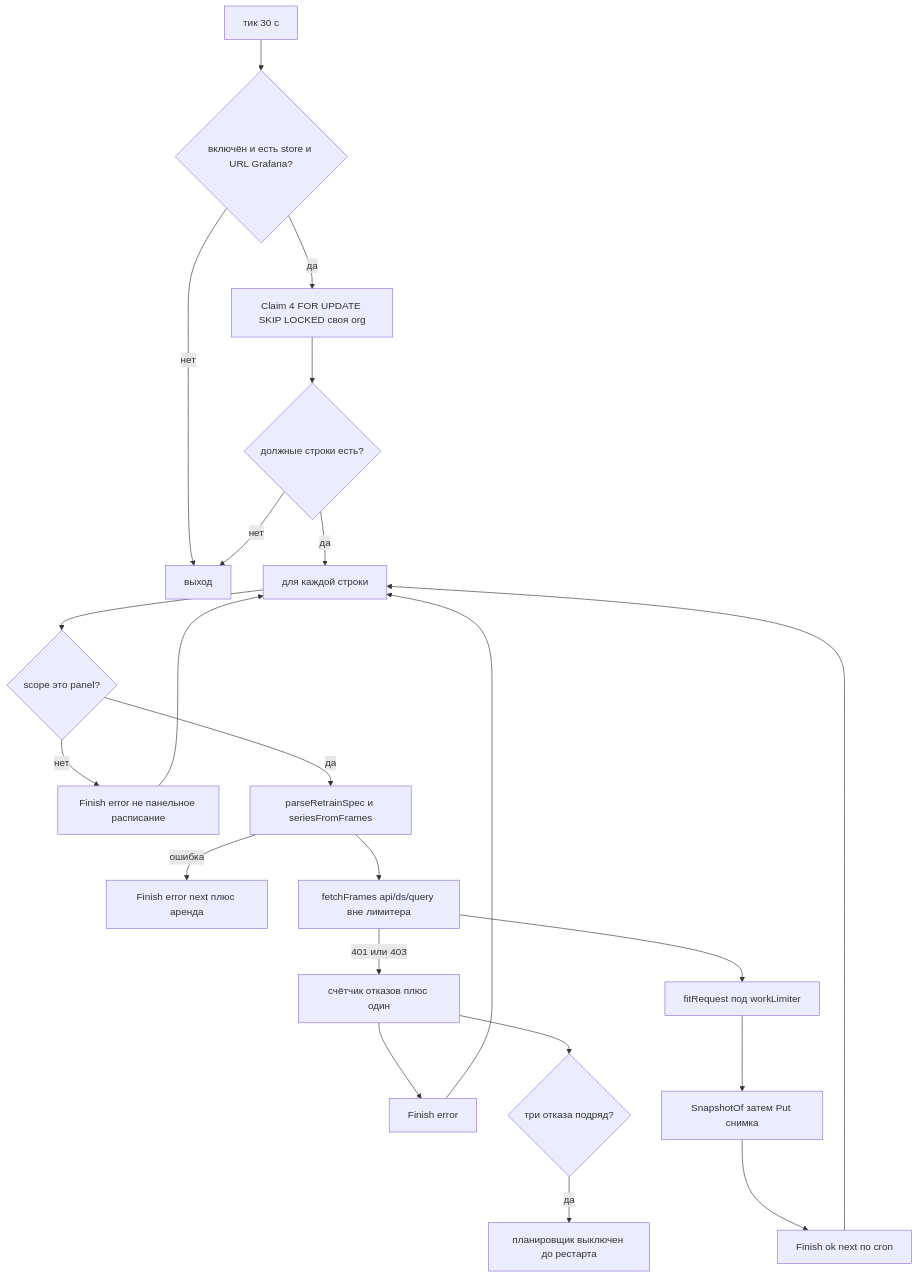
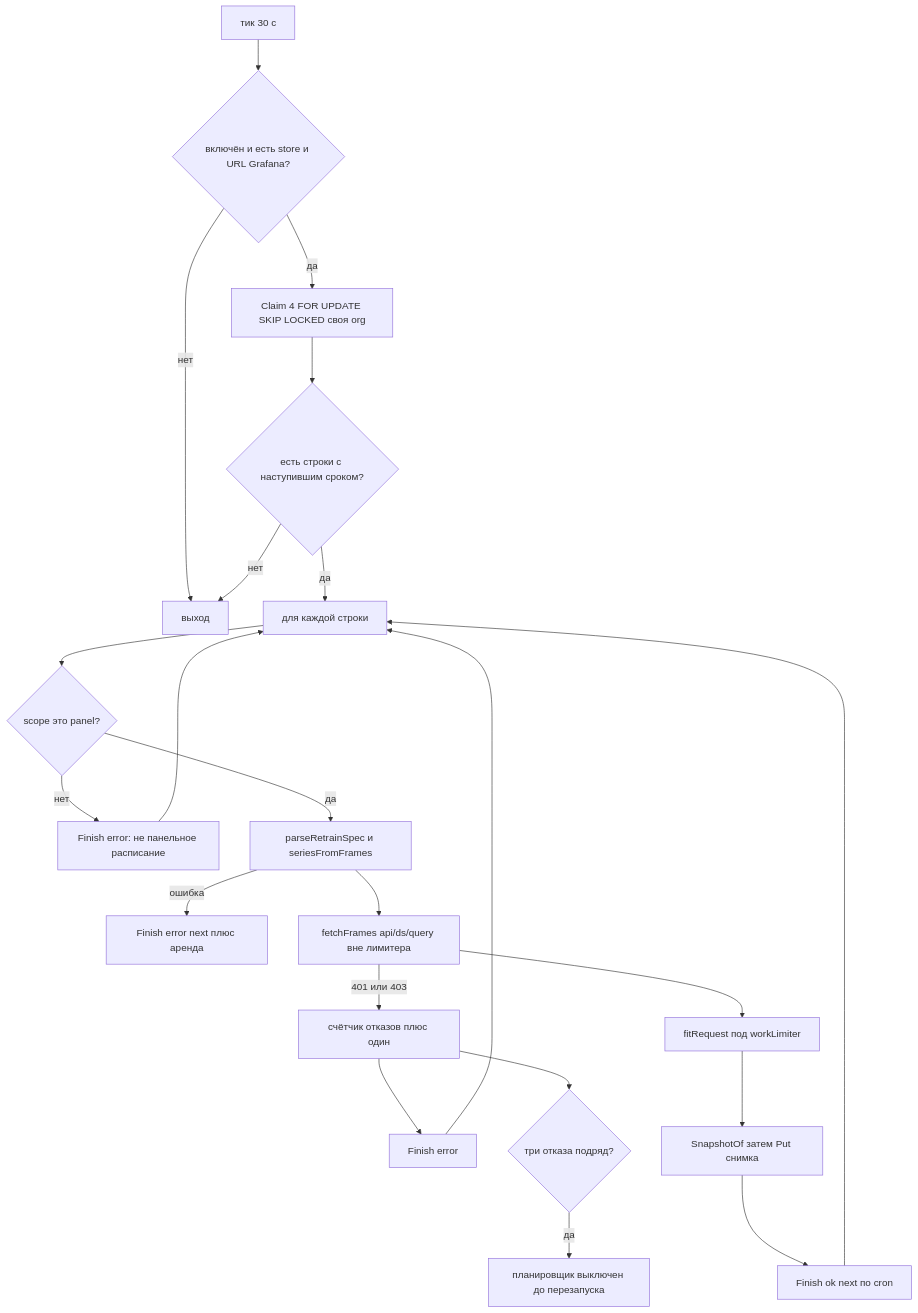
Before and after one commit to eduard-kolotushin/timeseries-grafana: the first of 2 diagrams in diagrams/13-retrain-scheduler.md, drawn with Mermaid. The commit also changed other lines of this file and 14 other files, not shown here.

Commit message:
Update diagrams

````diff
--- a/diagrams/13-retrain-scheduler.md
+++ b/diagrams/13-retrain-scheduler.md
@@ -35,24 +35,24 @@
 ```mermaid
 flowchart TD
   T["тик 30 с"] --> On{"включён и есть store и URL Grafana?"}
   On -->|нет| Off["выход"]
   On -->|да| Claim["Claim 4 FOR UPDATE SKIP LOCKED своя org"]
-  Claim --> Any{"должные строки есть?"}
+  Claim --> Any{"есть строки с наступившим сроком?"}
   Any -->|нет| Off
   Any -->|да| Loop["для каждой строки"]
   Loop --> Scope{"scope это panel?"}
-  Scope -->|нет| Fin0["Finish error не панельное расписание"]
+  Scope -->|нет| Fin0["Finish error: не панельное расписание"]
   Scope -->|да| Parse["parseRetrainSpec и seriesFromFrames"]
   Parse -->|ошибка| Fin1["Finish error next плюс аренда"]
   Parse --> Fetch["fetchFrames api/ds/query вне лимитера"]
   Fetch -->|401 или 403| Auth["счётчик отказов плюс один"]
   Auth --> Fin2["Finish error"]
   Fetch --> Fit["fitRequest под workLimiter"]
   Fit --> Snap["SnapshotOf затем Put снимка"]
   Snap --> Fin3["Finish ok next по cron"]
   Fin3 --> Loop
   Fin2 --> Loop
   Fin0 --> Loop
   Auth --> Dis{"три отказа подряд?"}
-  Dis -->|да| Stop["планировщик выключен до рестарта"]
+  Dis -->|да| Stop["планировщик выключен до перезапуска"]
 ```
````
